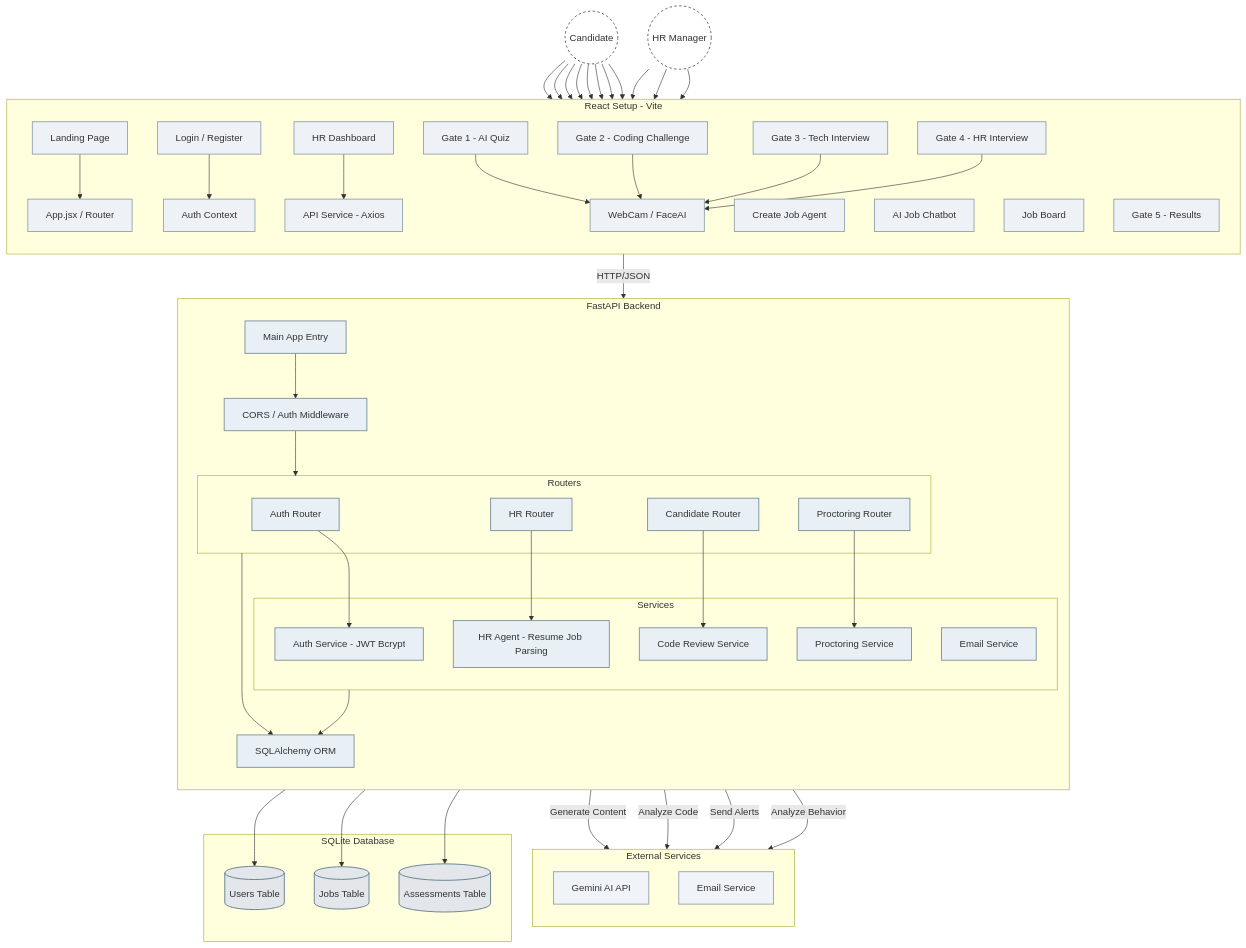
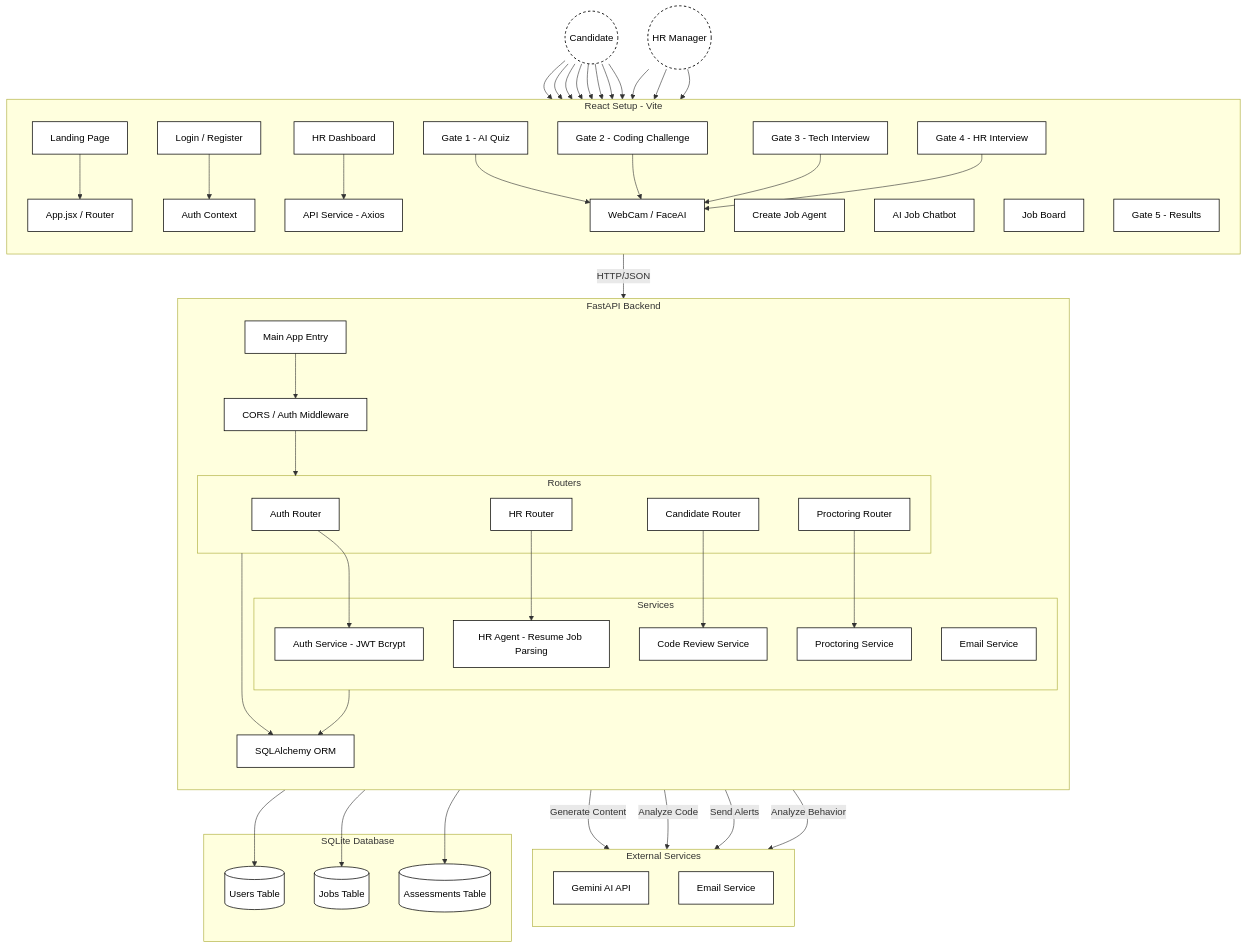
The diagram in SYSTEM_ARCHITECTURE.md (SIBAM890/Hirelens-Agent), drawn with Mermaid before and after one commit.

Commit message:
Modify class styling in SYSTEM_ARCHITECTURE.md
Updated styling for class definitions in the high-level block diagram.

````diff
--- a/SYSTEM_ARCHITECTURE.md
+++ b/SYSTEM_ARCHITECTURE.md
@@ -8,11 +8,12 @@
 ```mermaid
 graph TD
-    %% Styling
-classDef frontend fill:#eef2f6,stroke:#90a4ae,stroke-width:1.5px;
-classDef backend fill:#e8f0f5,stroke:#78909c,stroke-width:1.5px;
-classDef database fill:#e3e6ea,stroke:#607d8b,stroke-width:1.5px;
-classDef external fill:#f0f4f8,stroke:#90a4ae,stroke-width:1.5px;
-classDef actor fill:#ffffff,stroke:#455a64,stroke-width:1.5px,stroke-dasharray: 4 4;
+
+classDef frontend fill:#ffffff,stroke:#000000,stroke-width:1.2px,color:#000;
+classDef backend fill:#ffffff,stroke:#000000,stroke-width:1.2px,color:#000;
+classDef database fill:#ffffff,stroke:#000000,stroke-width:1.2px,color:#000;
+classDef external fill:#ffffff,stroke:#000000,stroke-width:1.2px,color:#000;
+classDef actor fill:#ffffff,stroke:#000000,stroke-width:1.5px,stroke-dasharray: 4 4,color:#000;
+
 
 
     %% Actors
````
